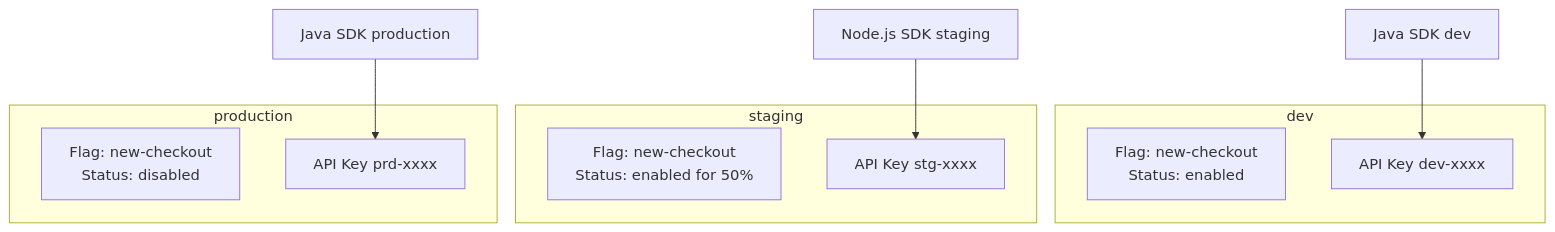
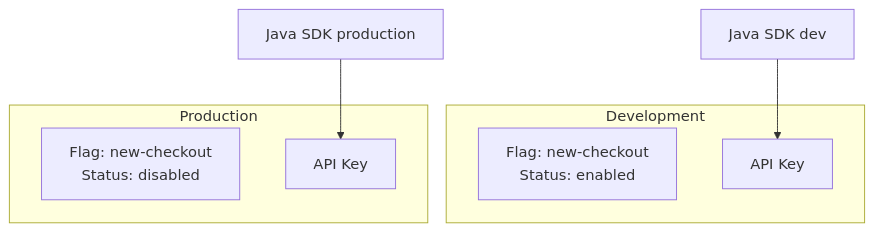
One commit to edgar-dev20/mozhno changed the first of 2 diagrams in docs/en/concepts/environments.md. Above: the diagram before and after it, drawn with Mermaid. The commit also changed other lines of this file and 33 other files, not shown here.

Commit message:
docs: rewrite getting-started, fix env model, mermaid latin labels, table header brand styling, SDK+arch corrections

````diff
--- a/docs/en/concepts/environments.md
+++ b/docs/en/concepts/environments.md
@@ -7,18 +20,13 @@
 ```mermaid
 graph TB
-    subgraph "dev"
+    subgraph "Development"
         F1[Flag: new-checkout<br/>Status: enabled]
-        K1[API Key dev-xxxx]
+        K1[API Key]
     end
-    subgraph "staging"
-        F2[Flag: new-checkout<br/>Status: enabled for 50%]
-        K2[API Key stg-xxxx]
-    end
-    subgraph "production"
+    subgraph "Production"
         F3[Flag: new-checkout<br/>Status: disabled]
-        K3[API Key prd-xxxx]
+        K3[API Key]
     end
     SDK1[Java SDK dev] --> K1
-    SDK2[Node.js SDK staging] --> K2
     SDK3[Java SDK production] --> K3
 ```
````
